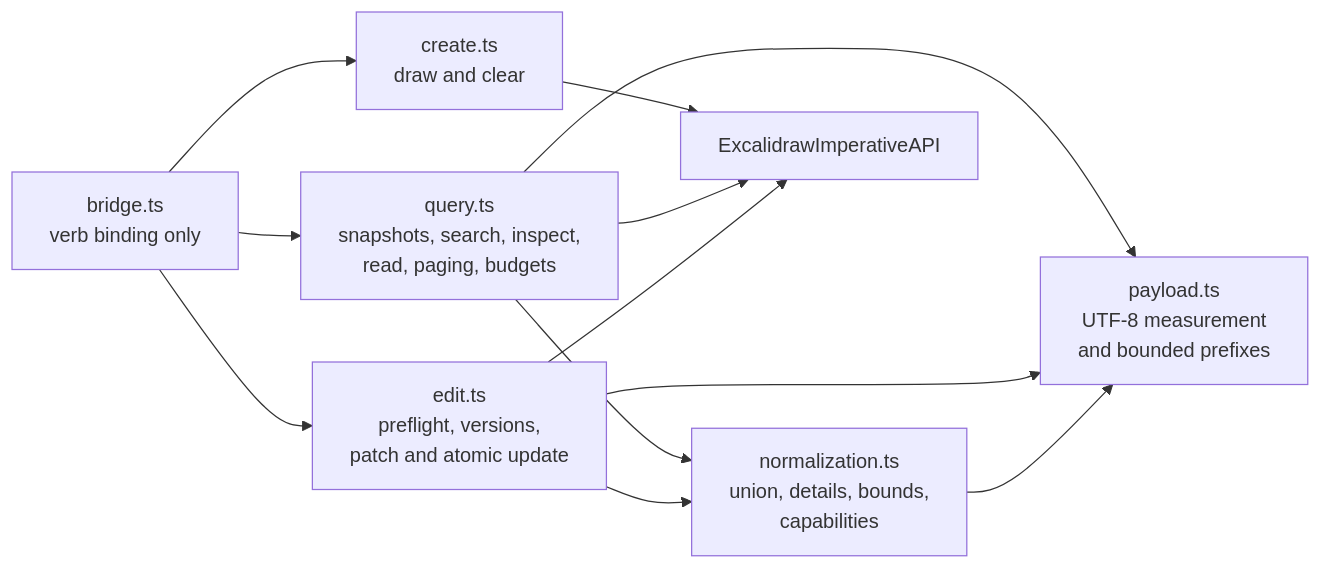
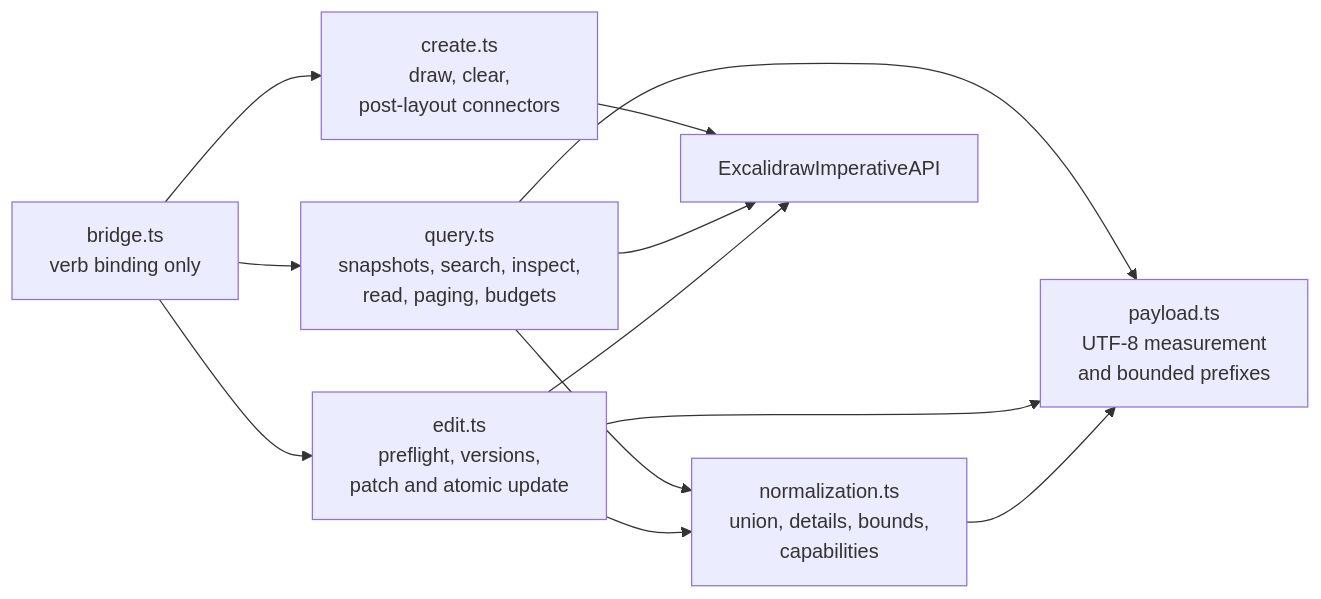
Before and after one commit to NNTin/tinytinkerer: the sixth of 10 diagrams in docs/app-harness.md, drawn with Mermaid. The commit also changed other lines of this file and 7 other files, not shown here.

Commit message:
fix(canvas): align declarative diagram connectors

````diff
--- a/docs/app-harness.md
+++ b/docs/app-harness.md
@@ -311,19 +354,19 @@
 ```mermaid
 flowchart LR
   bridge["bridge.ts<br/>verb binding only"]
-  create["create.ts<br/>draw and clear"]
+  create["create.ts<br/>draw, clear,<br/>post-layout connectors"]
   query["query.ts<br/>snapshots, search, inspect,<br/>read, paging, budgets"]
   normalization["normalization.ts<br/>union, details, bounds,<br/>capabilities"]
   edit["edit.ts<br/>preflight, versions,<br/>patch and atomic update"]
   payload["payload.ts<br/>UTF-8 measurement<br/>and bounded prefixes"]
   api["ExcalidrawImperativeAPI"]
 
   bridge --> create --> api
   bridge --> query --> api
   query --> normalization
   query --> payload
   bridge --> edit --> api
   edit --> normalization
   edit --> payload
   normalization --> payload
 ```
````
